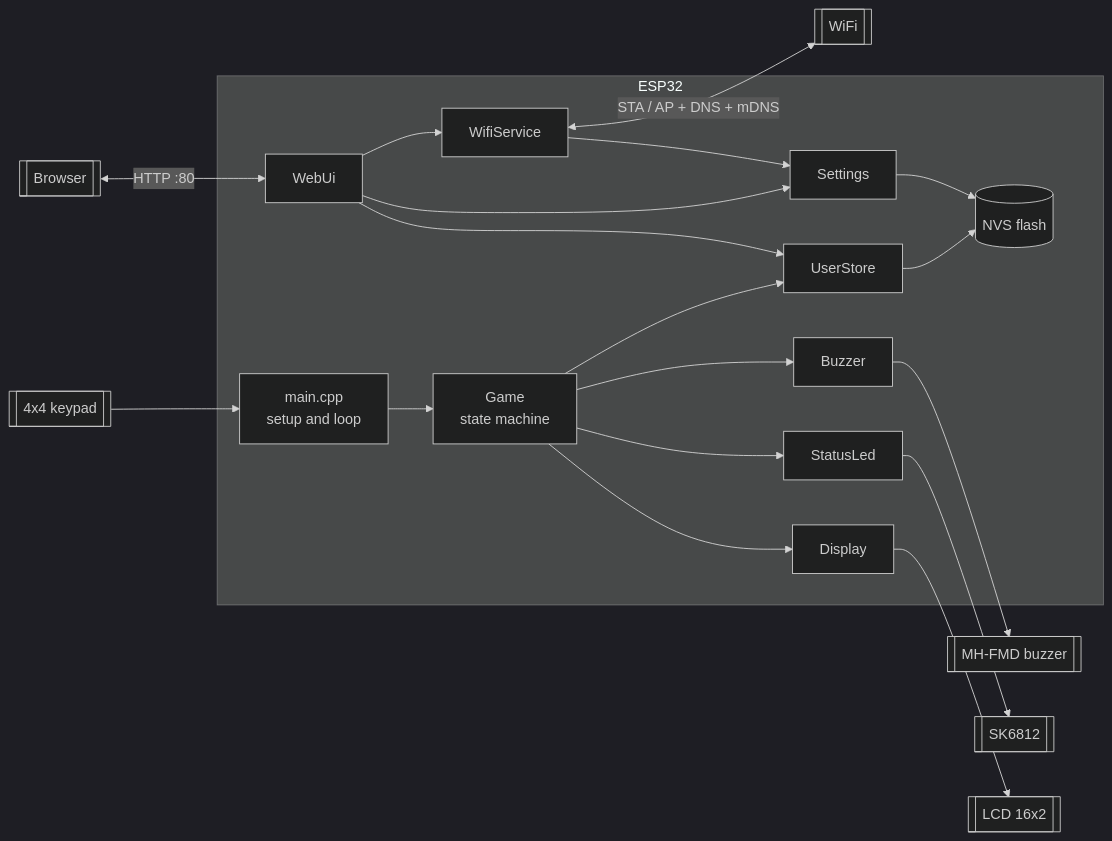
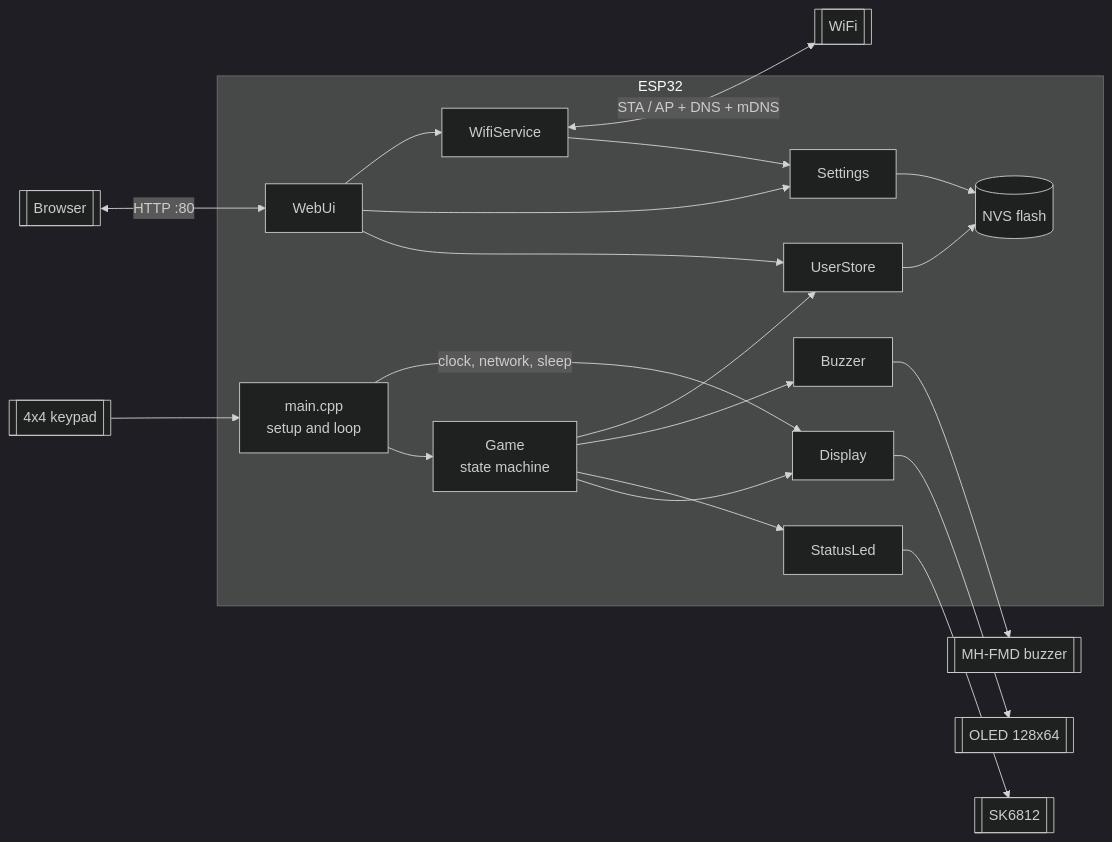
One commit to danielbelchior/doorlock changed the first of 2 diagrams in docs/ARCHITECTURE.md. Above: the diagram before and after it, drawn with Mermaid (dark theme). The commit also changed other lines of this file and 27 other files, not shown here.

````diff
--- a/docs/ARCHITECTURE.md
+++ b/docs/ARCHITECTURE.md
@@ -5,29 +5,30 @@
 ```mermaid
 flowchart LR
     subgraph Device[ESP32]
         Main[main.cpp<br/>setup and loop]
         Game[Game<br/>state machine]
         Display[Display]
         Led[StatusLed]
         Buzzer[Buzzer]
         Users[UserStore]
         Settings[Settings]
         Wifi[WifiService]
         Web[WebUi]
         NVS[(NVS flash)]
     end
     Keypad[[4x4 keypad]] --> Main
     Main --> Game
-    Game --> Display --> LCD[[LCD 16x2]]
+    Game --> Display --> OLED[[OLED 128x64]]
+    Main -->|clock, network, sleep| Display
     Game --> Led --> LEDHW[[SK6812]]
     Game --> Buzzer --> BuzzHW[[MH-FMD buzzer]]
     Game --> Users
     Web --> Users
     Web --> Settings
     Web --> Wifi
     Wifi --> Settings
     Users --> NVS
     Settings --> NVS
     Browser[[Browser]] <-->|HTTP :80| Web
     Wifi <-->|STA / AP + DNS + mDNS| Router[[WiFi]]
 ```
````
